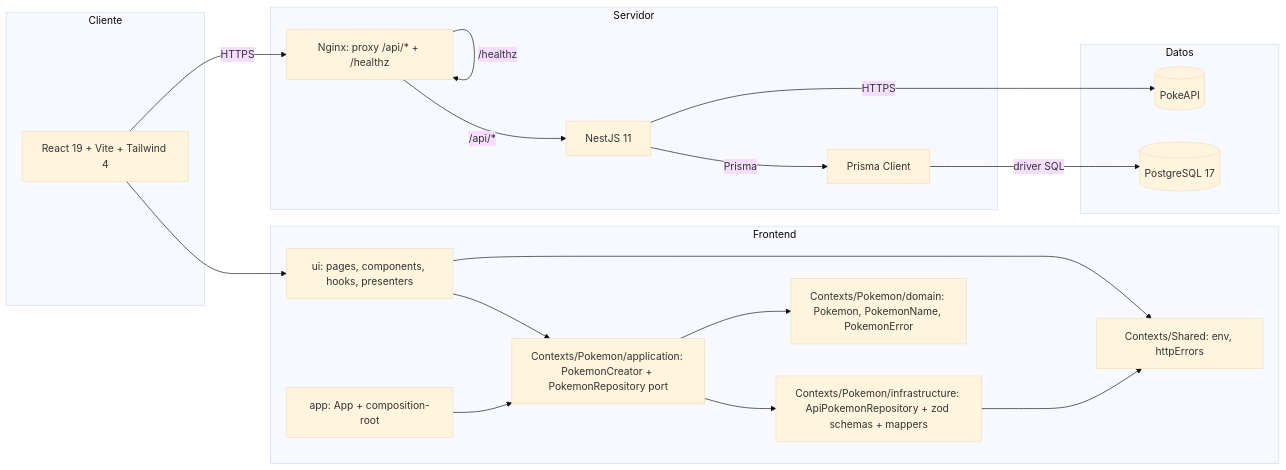
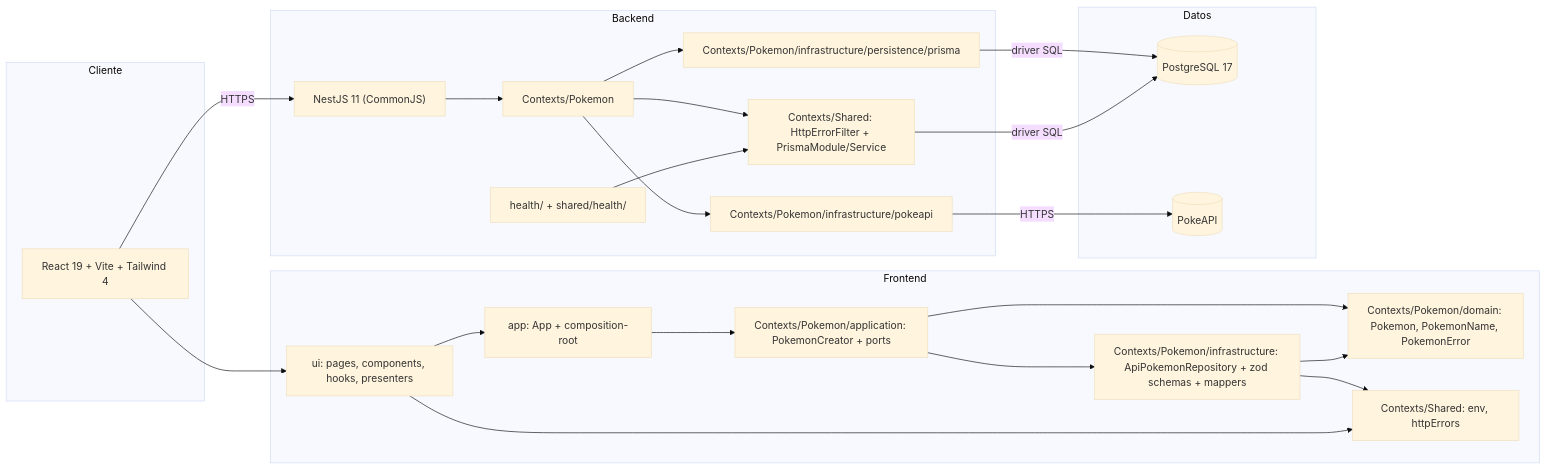
Before and after one commit to jcvegab/pokemon-amaris: the second of 2 diagrams in docs/DIAGRAM.md, drawn with Mermaid (base theme). The commit also changed other lines of this file and 17 other files, not shown here.

````diff
--- a/docs/DIAGRAM.md
+++ b/docs/DIAGRAM.md
@@ -109,37 +105,44 @@
 ```mermaid
 flowchart LR
     subgraph Cliente
         Browser[React 19 + Vite + Tailwind 4]
     end
     subgraph Frontend
-        UI[ui: pages, components, hooks, presenters]
-        App[app: App + composition-root]
-        AppCtx[Contexts/Pokemon/application: PokemonCreator + PokemonRepository port]
-        Infra[Contexts/Pokemon/infrastructure: ApiPokemonRepository + zod schemas + mappers]
-        Domain[Contexts/Pokemon/domain: Pokemon, PokemonName, PokemonError]
-        Shared[Contexts/Shared: env, httpErrors]
+        UI["ui: pages, components, hooks, presenters"]
+        App["app: App + composition-root"]
+        AppCtx["Contexts/Pokemon/application: PokemonCreator + ports"]
+        Infra["Contexts/Pokemon/infrastructure: ApiPokemonRepository + zod schemas + mappers"]
+        Domain["Contexts/Pokemon/domain: Pokemon, PokemonName, PokemonError"]
+        FShared["Contexts/Shared: env, httpErrors"]
     end
-    subgraph Servidor
-        Nginx[Nginx: proxy /api/* + /healthz]
-        Nest[NestJS 11]
-        Prisma[Prisma Client]
+    subgraph Backend
+        Nest["NestJS 11 (CommonJS)"]
+        BEHealth["health/ + shared/health/"]
+        BEPokemon["Contexts/Pokemon"]
+        BEPokeapi["Contexts/Pokemon/infrastructure/pokeapi"]
+        BEPrisma["Contexts/Pokemon/infrastructure/persistence/prisma"]
+        BEShared["Contexts/Shared: HttpErrorFilter + PrismaModule/Service"]
     end
     subgraph Datos
         Postgres[(PostgreSQL 17)]
         PokeAPI[(PokeAPI)]
     end
 
     Browser --> UI
-    UI --> AppCtx
+    UI --> App
     App --> AppCtx
     AppCtx --> Infra
     AppCtx --> Domain
-    Infra --> Shared
-    UI --> Shared
-    Browser -- HTTPS --> Nginx
-    Nginx -- /api/* --> Nest
-    Nginx -- /healthz --> Nginx
-    Nest -- Prisma --> Prisma
-    Prisma -- driver SQL --> Postgres
-    Nest -- HTTPS --> PokeAPI
+    Infra --> Domain
+    Infra --> FShared
+    UI --> FShared
+    Browser -- HTTPS --> Nest
+    Nest --> BEPokemon
+    BEPokemon --> BEPokeapi
+    BEPokemon --> BEPrisma
+    BEPokemon --> BEShared
+    BEPokeapi -- HTTPS --> PokeAPI
+    BEPrisma -- driver SQL --> Postgres
+    BEHealth --> BEShared
+    BEShared -- driver SQL --> Postgres
 ```
````
